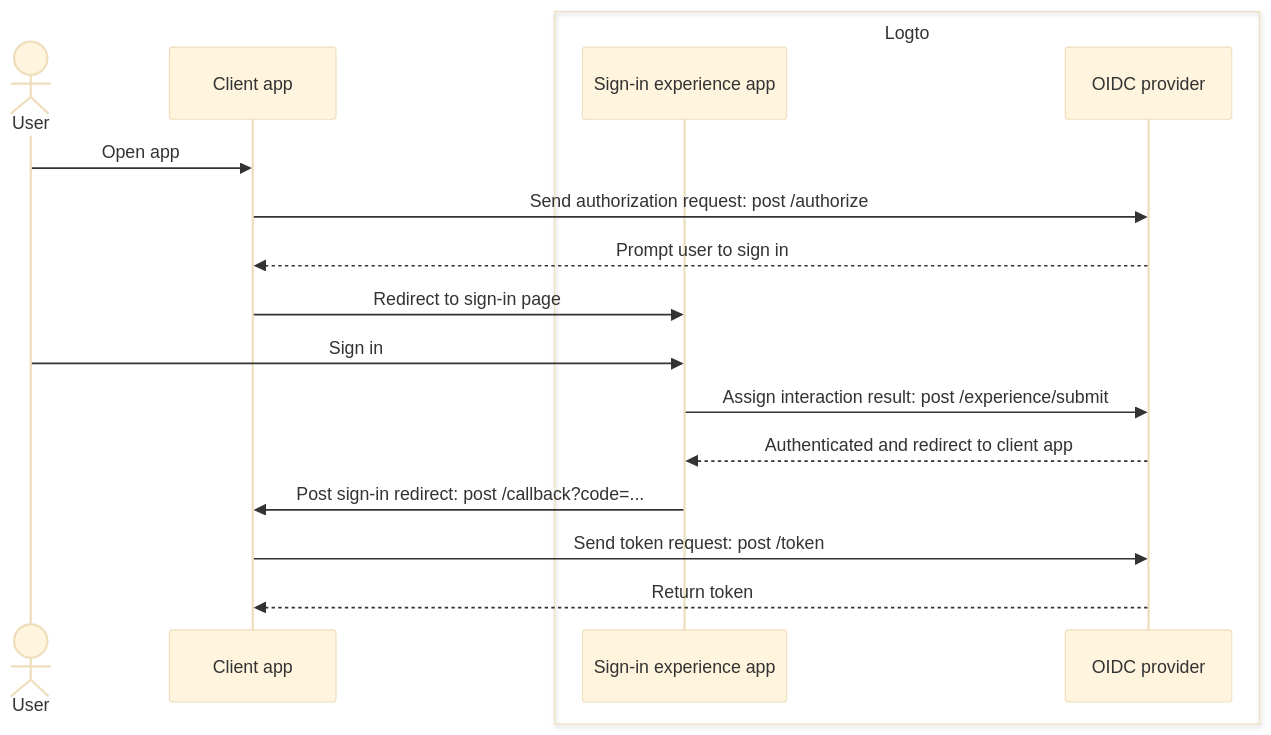
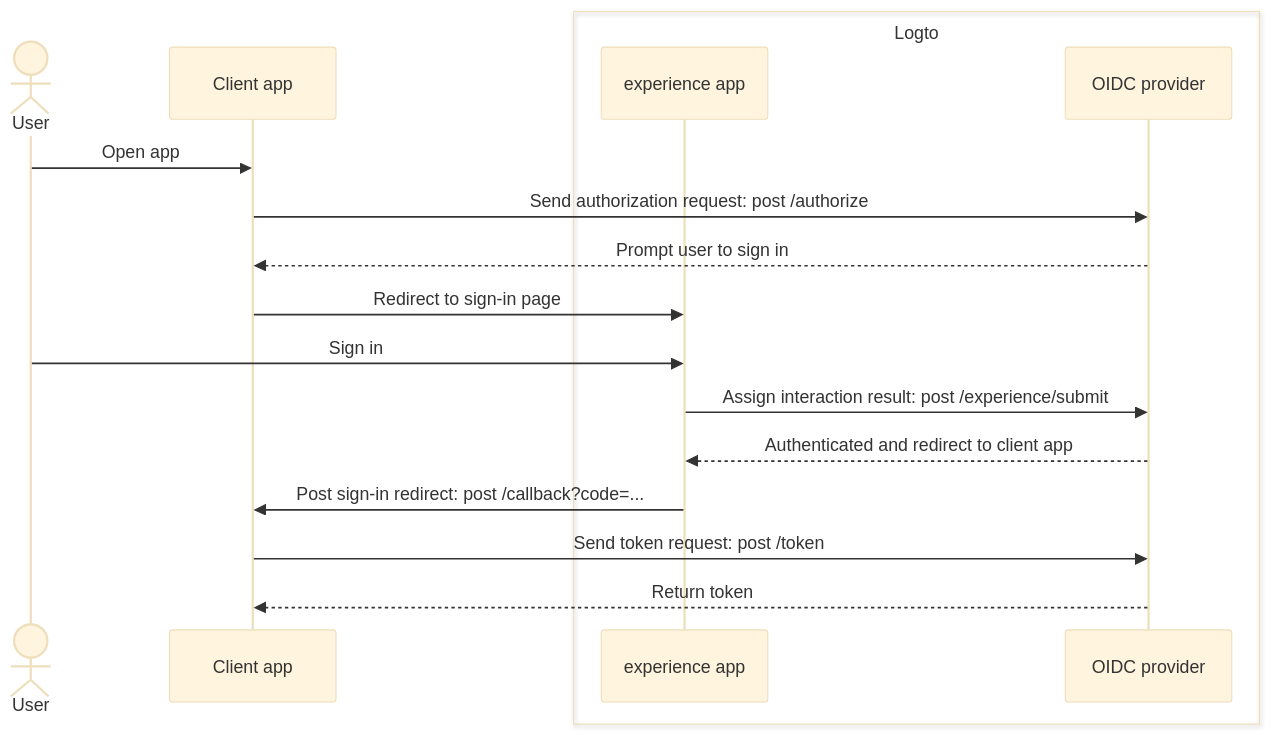
Before and after one commit to logto-io/docs: the first of 2 diagrams in docs/end-user-flows/sign-up-and-sign-in/README.mdx, drawn with Mermaid (base theme).

Commit message:
fix: align the naming convention of experience app (#1042)
align the naming convention of experience app

````diff
--- a/docs/end-user-flows/sign-up-and-sign-in/README.mdx
+++ b/docs/end-user-flows/sign-up-and-sign-in/README.mdx
@@ -15,21 +15,21 @@
 ```mermaid
 sequenceDiagram
   actor user as User
   participant client as Client app
 
   box Logto
-    participant experience as Sign-in experience app
+    participant experience as experience app
     participant oidc as OIDC provider
   end
 
   user ->> client: Open app
   client ->> oidc: Send authorization request: post /authorize
   oidc -->> client: Prompt user to sign in
   client ->> experience: Redirect to sign-in page
   user ->> experience: Sign in
   experience ->> oidc: Assign interaction result: post /experience/submit
   oidc -->> experience: Authenticated and redirect to client app
   experience ->> client: Post sign-in redirect:  post /callback?code=...
   client ->> oidc: Send token request: post /token
   oidc -->> client: Return token
 ```
````
